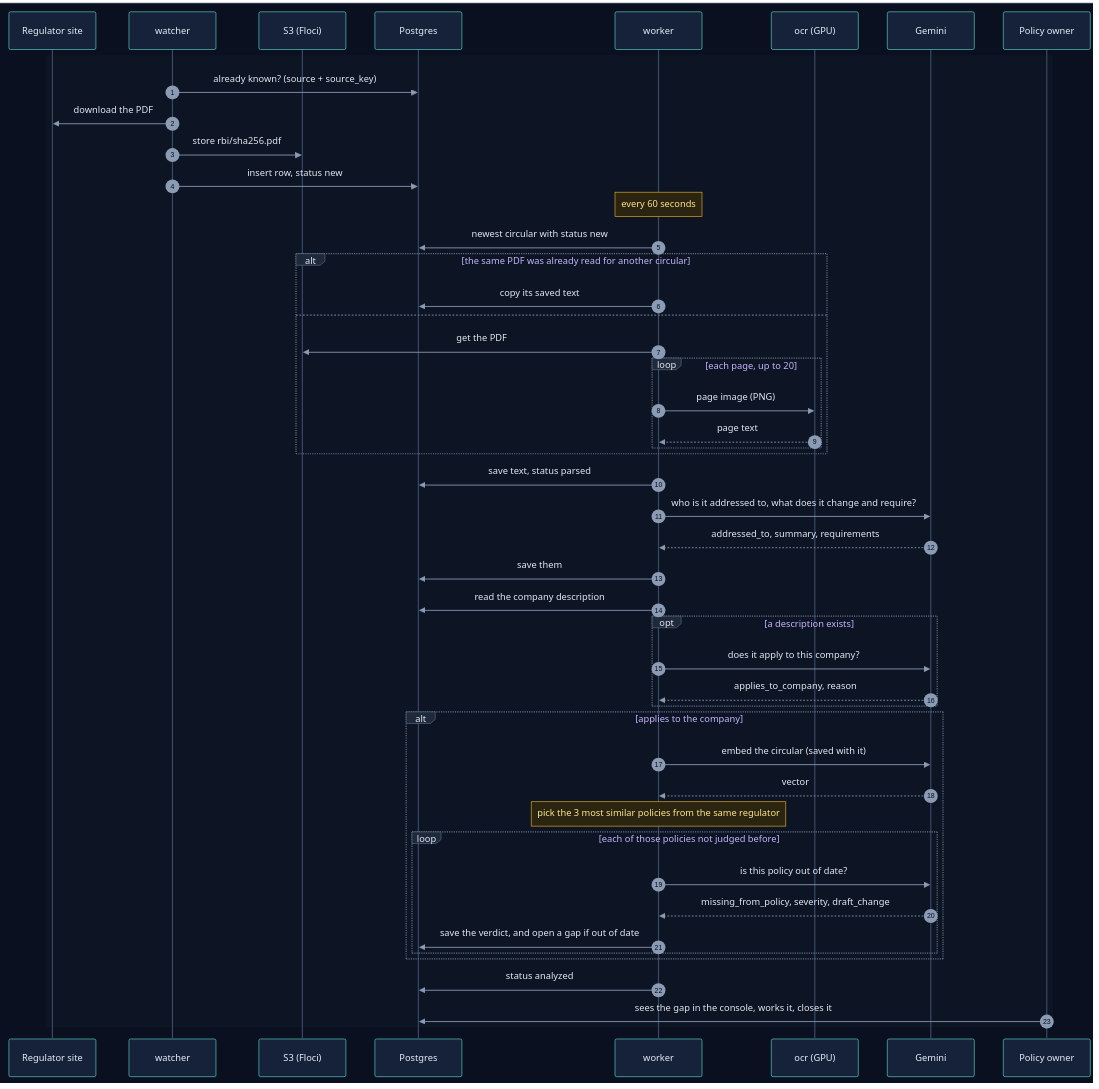
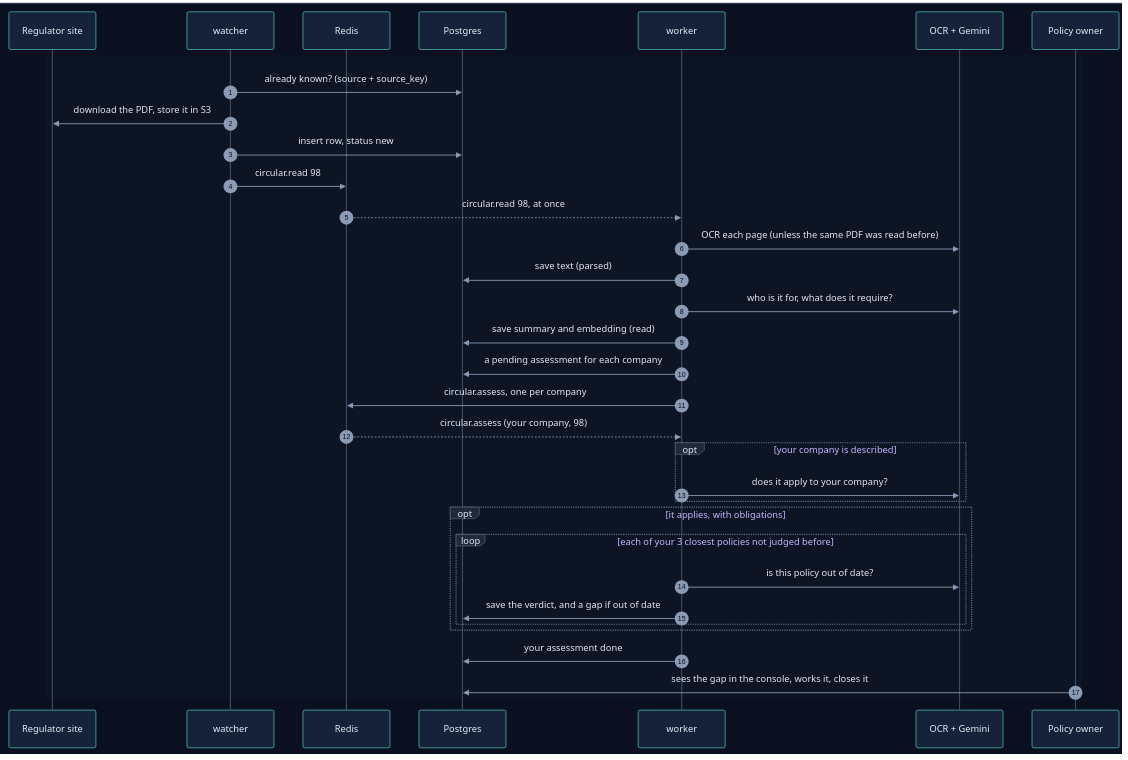
The fifth of 22 diagrams in how_it_works.md (selvakumarperumal/Regulatory_Circular_Impact_Agent), drawn with Mermaid before and after one commit. The commit also changed other lines of this file and 8 other files, not shown here.

````diff
--- a/how_it_works.md
+++ b/how_it_works.md
@@ -601,56 +401,40 @@
 ```mermaid
 %%{init: {"theme": "base", "sequence": {"diagramMarginX": 0, "diagramMarginY": 0}, "themeVariables": {"darkMode": true, "primaryColor": "#16213a", "primaryTextColor": "#e6edf7", "primaryBorderColor": "#475a7a", "lineColor": "#8b9bb4", "secondaryColor": "#1b2436", "tertiaryColor": "#101a2e", "edgeLabelBackground": "#0f172a", "textColor": "#e2e8f0", "actorBkg": "#16213a", "actorBorder": "#5eead4", "actorTextColor": "#e6edf7", "actorLineColor": "#3b4a66", "signalColor": "#8b9bb4", "signalTextColor": "#e2e8f0", "noteBkgColor": "#2a2410", "noteBorderColor": "#fbbf24", "noteTextColor": "#fde68a", "labelBoxBkgColor": "#1e293b", "labelBoxBorderColor": "#64748b", "labelTextColor": "#e2e8f0", "loopTextColor": "#c4b5fd", "sequenceNumberColor": "#0b1020", "activationBkgColor": "#1e293b"}}}%%
 sequenceDiagram
     autonumber
     box rgb(11, 16, 32)
         participant Site as Regulator site
         participant W as watcher
-        participant S3 as S3 (Floci)
+        participant Q as Redis
         participant DB as Postgres
         participant K as worker
-        participant O as ocr (GPU)
-        participant G as Gemini
+        participant X as OCR + Gemini
         participant P as Policy owner
     end
 
     rect rgb(13, 20, 36)
         W->>DB: already known? (source + source_key)
-        W->>Site: download the PDF
-        W->>S3: store rbi/sha256.pdf
+        W->>Site: download the PDF, store it in S3
         W->>DB: insert row, status new
-
-        Note over K: every 60 seconds
-        K->>DB: newest circular with status new
-        alt the same PDF was already read for another circular
-            K->>DB: copy its saved text
-        else
-            K->>S3: get the PDF
-            loop each page, up to 20
-                K->>O: page image (PNG)
-                O-->>K: page text
+        W->>Q: circular.read 98
+        Q-->>K: circular.read 98, at once
+        K->>X: OCR each page (unless the same PDF was read before)
+        K->>DB: save text (parsed)
+        K->>X: who is it for, what does it require?
+        K->>DB: save summary and embedding (read)
+        K->>DB: a pending assessment for each company
+        K->>Q: circular.assess, one per company
+        Q-->>K: circular.assess (your company, 98)
+        opt your company is described
+            K->>X: does it apply to your company?
+        end
+        opt it applies, with obligations
+            loop each of your 3 closest policies not judged before
+                K->>X: is this policy out of date?
+                K->>DB: save the verdict, and a gap if out of date
             end
         end
-        K->>DB: save text, status parsed
-
-        K->>G: who is it addressed to, what does it change and require?
-        G-->>K: addressed_to, summary, requirements
-        K->>DB: save them
-        K->>DB: read the company description
-        opt a description exists
-            K->>G: does it apply to this company?
-            G-->>K: applies_to_company, reason
-        end
-        alt applies to the company
-            K->>G: embed the circular (saved with it)
-            G-->>K: vector
-            Note over K: pick the 3 most similar policies from the same regulator
-            loop each of those policies not judged before
-                K->>G: is this policy out of date?
-                G-->>K: missing_from_policy, severity, draft_change
-                K->>DB: save the verdict, and open a gap if out of date
-            end
-        end
-        K->>DB: status analyzed
+        K->>DB: your assessment done
         P->>DB: sees the gap in the console, works it, closes it
     end
 ```
````
